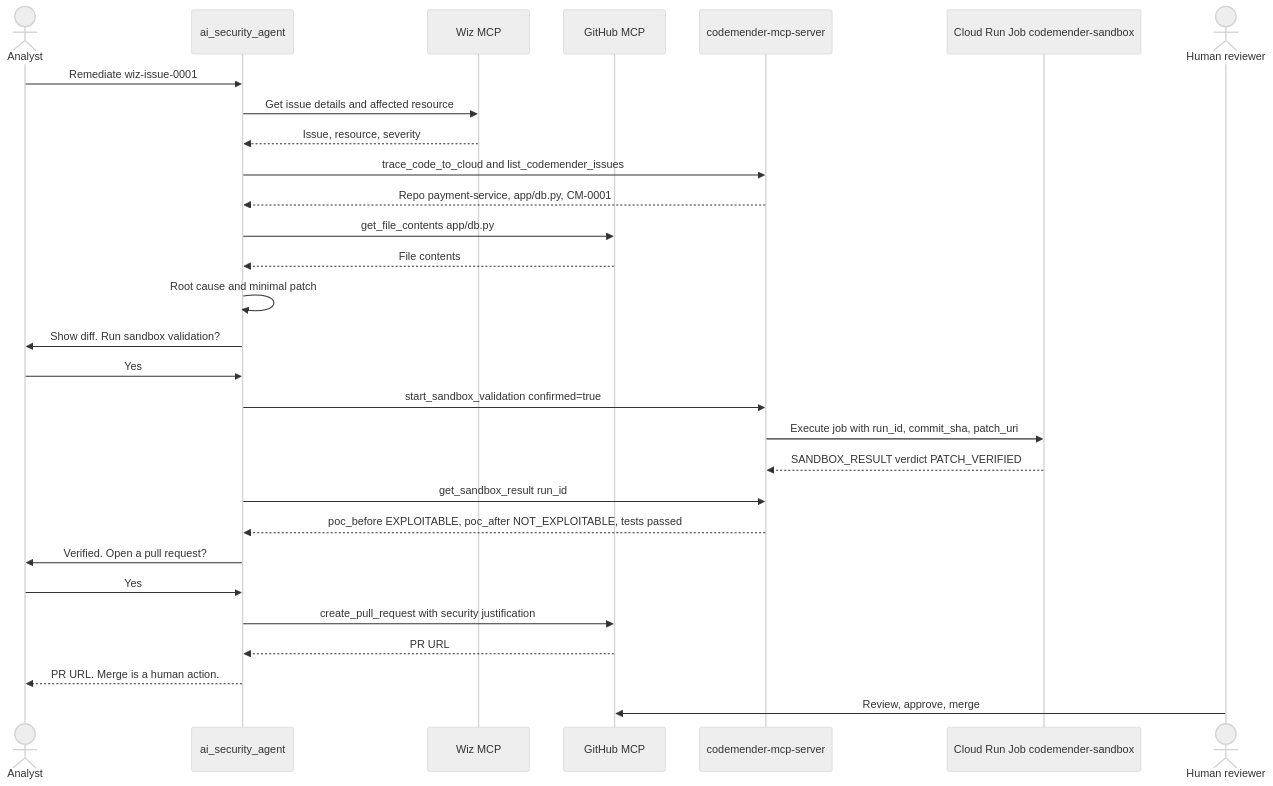
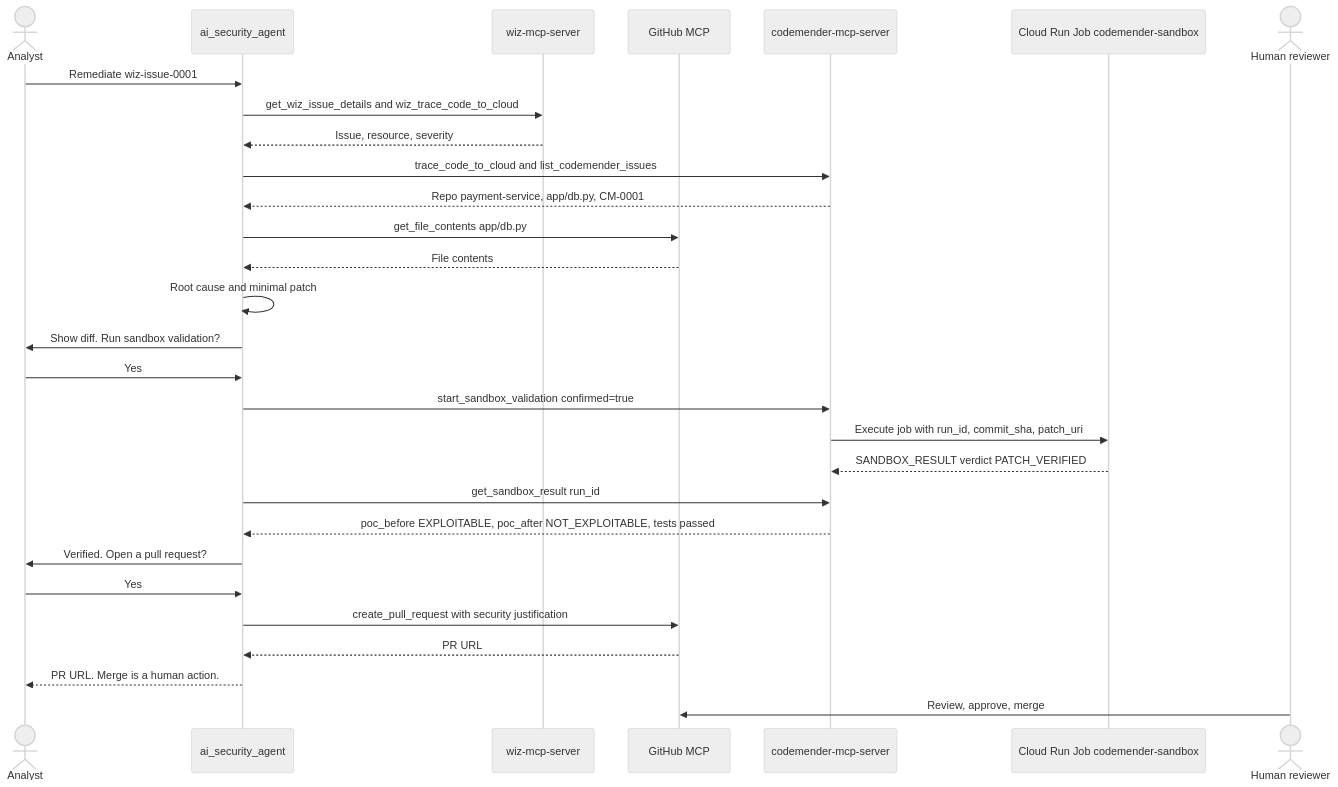
The second of 2 diagrams in lab/00-overview.md (avnit/codemender-mcp), drawn with Mermaid (neutral theme) before and after one commit. The commit also changed other lines of this file and 56 other files, not shown here.

Commit message:
feat: split Cloud Run MCP into codemender-mcp-server and wiz-mcp-server

````diff
--- a/lab/00-overview.md
+++ b/lab/00-overview.md
@@ -155,32 +159,32 @@
 ```mermaid
 sequenceDiagram
     actor U as Analyst
     participant A as ai_security_agent
-    participant W as Wiz MCP
+    participant W as wiz-mcp-server
     participant G as GitHub MCP
     participant C as codemender-mcp-server
     participant S as Cloud Run Job codemender-sandbox
     actor R as Human reviewer
 
     U->>A: Remediate wiz-issue-0001
-    A->>W: Get issue details and affected resource
+    A->>W: get_wiz_issue_details and wiz_trace_code_to_cloud
     W-->>A: Issue, resource, severity
     A->>C: trace_code_to_cloud and list_codemender_issues
     C-->>A: Repo payment-service, app/db.py, CM-0001
     A->>G: get_file_contents app/db.py
     G-->>A: File contents
     A->>A: Root cause and minimal patch
     A->>U: Show diff. Run sandbox validation?
     U->>A: Yes
     A->>C: start_sandbox_validation confirmed=true
     C->>S: Execute job with run_id, commit_sha, patch_uri
     S-->>C: SANDBOX_RESULT verdict PATCH_VERIFIED
     A->>C: get_sandbox_result run_id
     C-->>A: poc_before EXPLOITABLE, poc_after NOT_EXPLOITABLE, tests passed
     A->>U: Verified. Open a pull request?
     U->>A: Yes
     A->>G: create_pull_request with security justification
     G-->>A: PR URL
     A-->>U: PR URL. Merge is a human action.
     R->>G: Review, approve, merge
 ```
````
